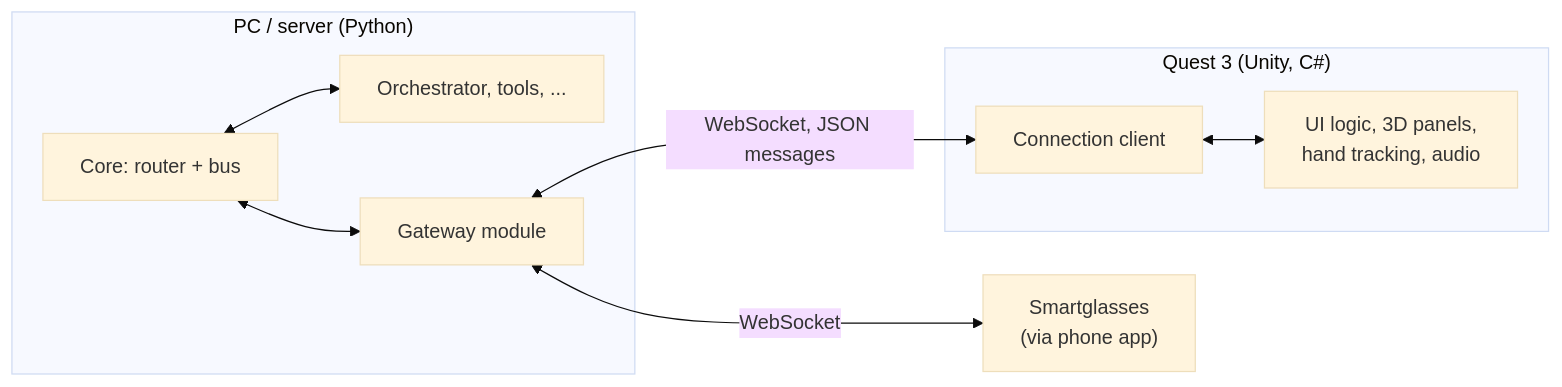
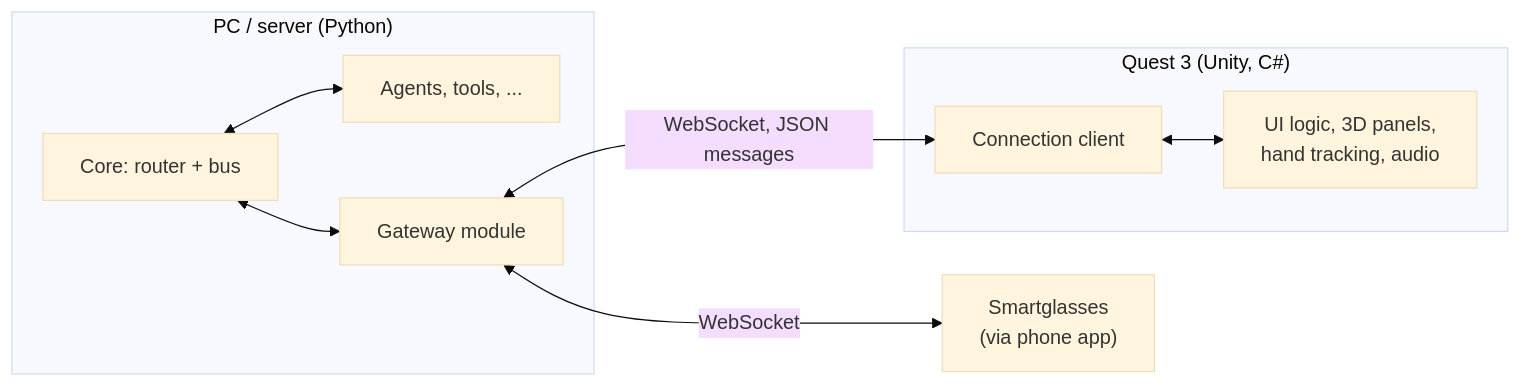
The diagram in docs/architecture/remote-clients.md (sharramon/AI_Assistant), drawn with Mermaid (base theme) before and after one commit. The commit also changed other lines of this file and 84 other files, not shown here.

Commit message:
Architecture docs audit: pages checked against the code; seven new SVGs replace the six stale ones; the README bird's-eye; API pages; links to deleted notes fixed; the audit note

````diff
--- a/docs/architecture/remote-clients.md
+++ b/docs/architecture/remote-clients.md
@@ -7,18 +7,18 @@
 ```mermaid
 flowchart LR
     subgraph Host["PC / server (Python)"]
         Core[Core: router + bus]
-        Mods[Orchestrator, tools, ...]
+        Mods[Agents, tools, ...]
         GW[Gateway module]
         Core <--> Mods
         Core <--> GW
     end
     subgraph Quest["Quest 3 (Unity, C#)"]
         QC[Connection client]
         QUI[UI logic, 3D panels,<br/>hand tracking, audio]
         QC <--> QUI
     end
     Glasses["Smartglasses<br/>(via phone app)"]
     GW <-- "WebSocket, JSON messages" --> QC
     GW <-- "WebSocket" --> Glasses
 ```
````
